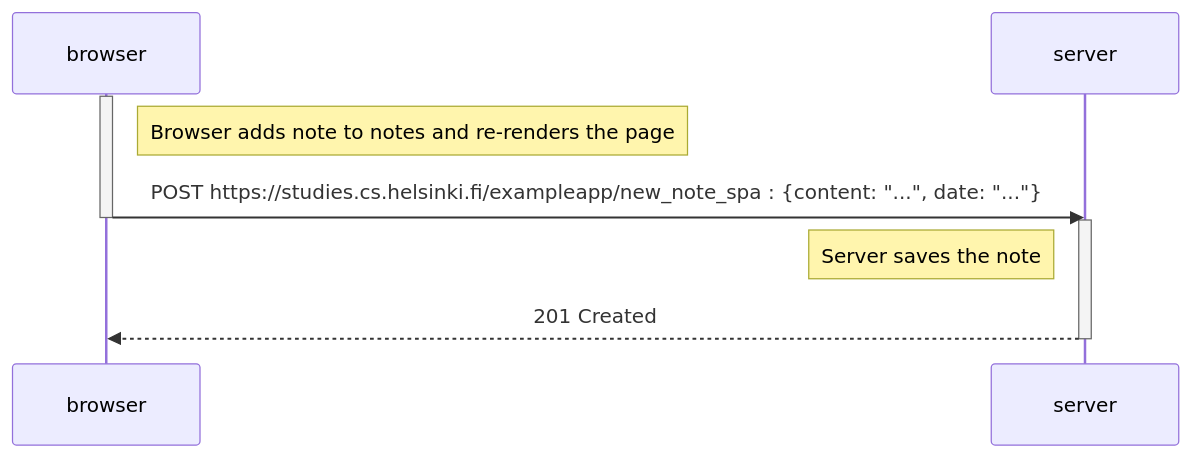
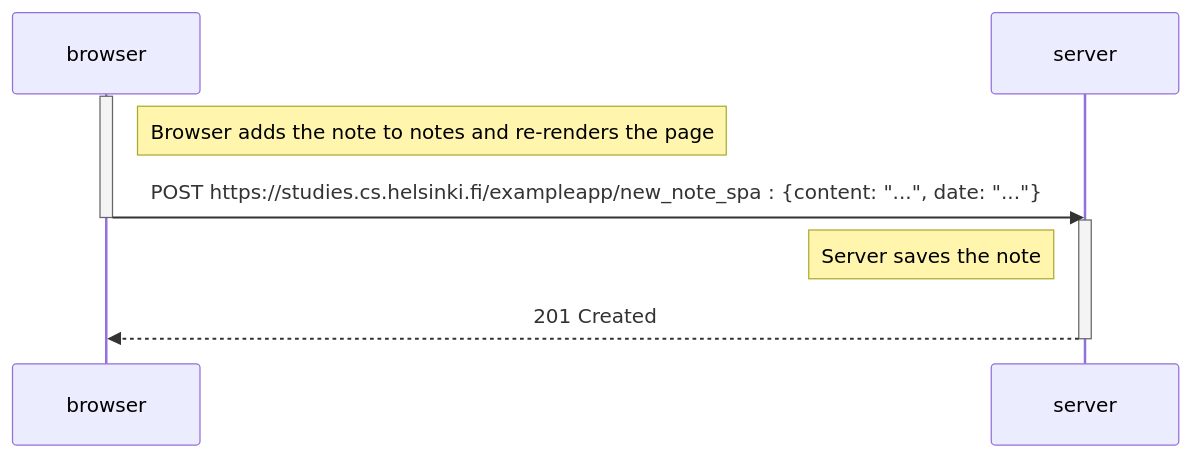
The diagram in osa0/06/new_note_SPA_sequence.md (Harrihauki/fullstack), drawn with Mermaid before and after one commit.

````diff
--- a/osa0/06/new_note_SPA_sequence.md
+++ b/osa0/06/new_note_SPA_sequence.md
@@ -1,15 +1,15 @@
 ```mermaid
 sequenceDiagram
   participant browser
   participant server
 
   activate browser
-  Note right of browser: Browser adds note to notes and re-renders the page
+  Note right of browser: Browser adds the note to notes and re-renders the page
   browser->>server: POST https://studies.cs.helsinki.fi/exampleapp/new_note_spa : {content: "...", date: "..."}
   deactivate browser
 
   activate server
   Note left of server: Server saves the note
   server-->>browser: 201 Created
   deactivate server
 ```
````
